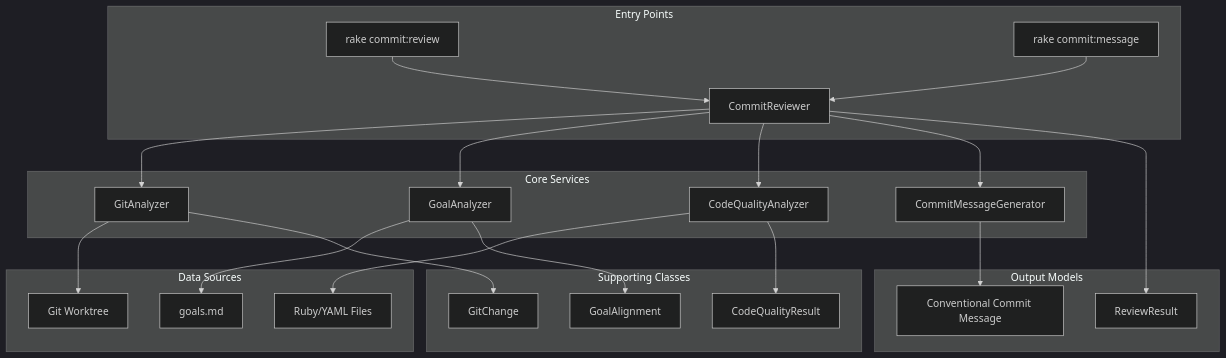
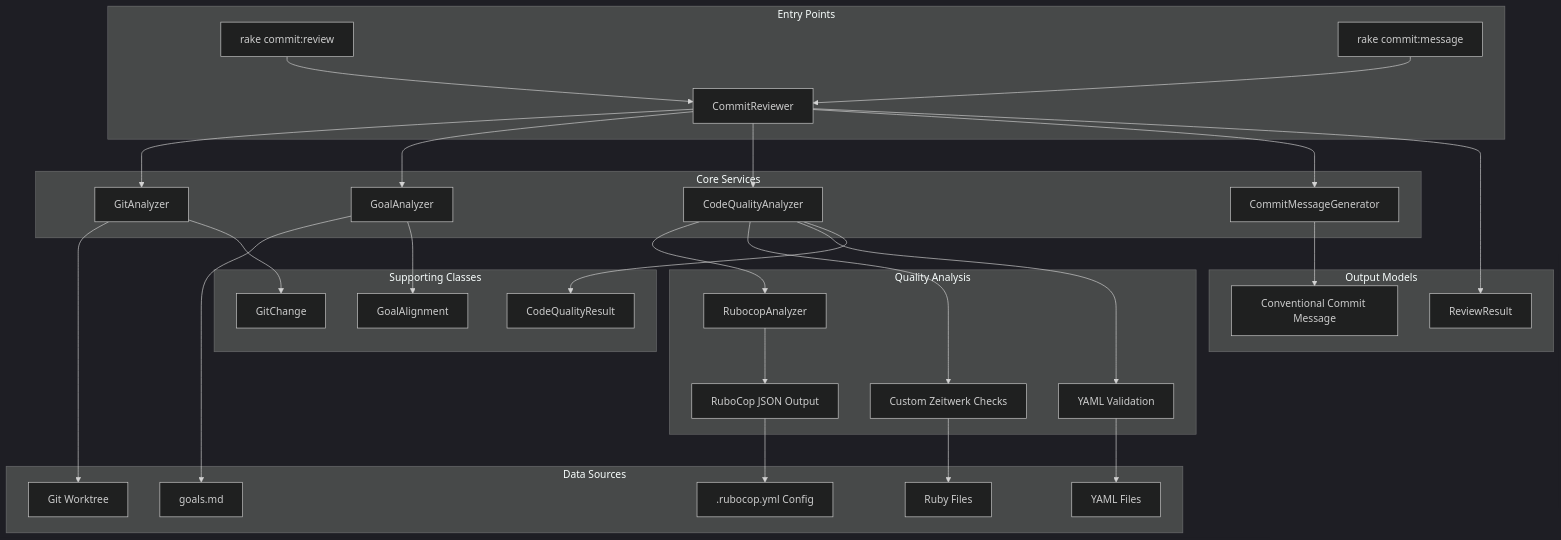
The first of 10 diagrams in docs/commit-validation-system.md (abradner/transformer), drawn with Mermaid (dark theme) before and after one commit. The commit also changed other lines of this file and 11 other files, not shown here.

First line of the commit message:
E1S6: feat(validation) integrate RuboCop with commit validation system (#3)

````diff
--- a/docs/commit-validation-system.md
+++ b/docs/commit-validation-system.md
@@ -9,31 +9,40 @@
 ```mermaid
 graph TB
     subgraph "Entry Points"
         A[rake commit:review] --> B[CommitReviewer]
         C[rake commit:message] --> B
     end
     
     subgraph "Core Services"
         B --> D[GitAnalyzer]
         B --> E[GoalAnalyzer] 
         B --> F[CodeQualityAnalyzer]
         B --> G[CommitMessageGenerator]
     end
     
+    subgraph "Quality Analysis"
+        F --> H[RubocopAnalyzer]
+        H --> I[RuboCop JSON Output]
+        F --> J[Custom Zeitwerk Checks]
+        F --> K[YAML Validation]
+    end
+    
     subgraph "Data Sources"
-        D --> H[Git Worktree]
-        E --> I[goals.md]
-        F --> J[Ruby/YAML Files]
+        D --> L[Git Worktree]
+        E --> M[goals.md]
+        I --> N[.rubocop.yml Config]
+        J --> O[Ruby Files]
+        K --> P[YAML Files]
     end
     
     subgraph "Output Models"
-        B --> K[ReviewResult]
-        G --> L[Conventional Commit Message]
+        B --> Q[ReviewResult]
+        G --> R[Conventional Commit Message]
     end
     
     subgraph "Supporting Classes"
-        D --> M[GitChange]
-        E --> N[GoalAlignment]
-        F --> O[CodeQualityResult]
+        D --> S[GitChange]
+        E --> T[GoalAlignment]
+        F --> U[CodeQualityResult]
     end
 ```
````
